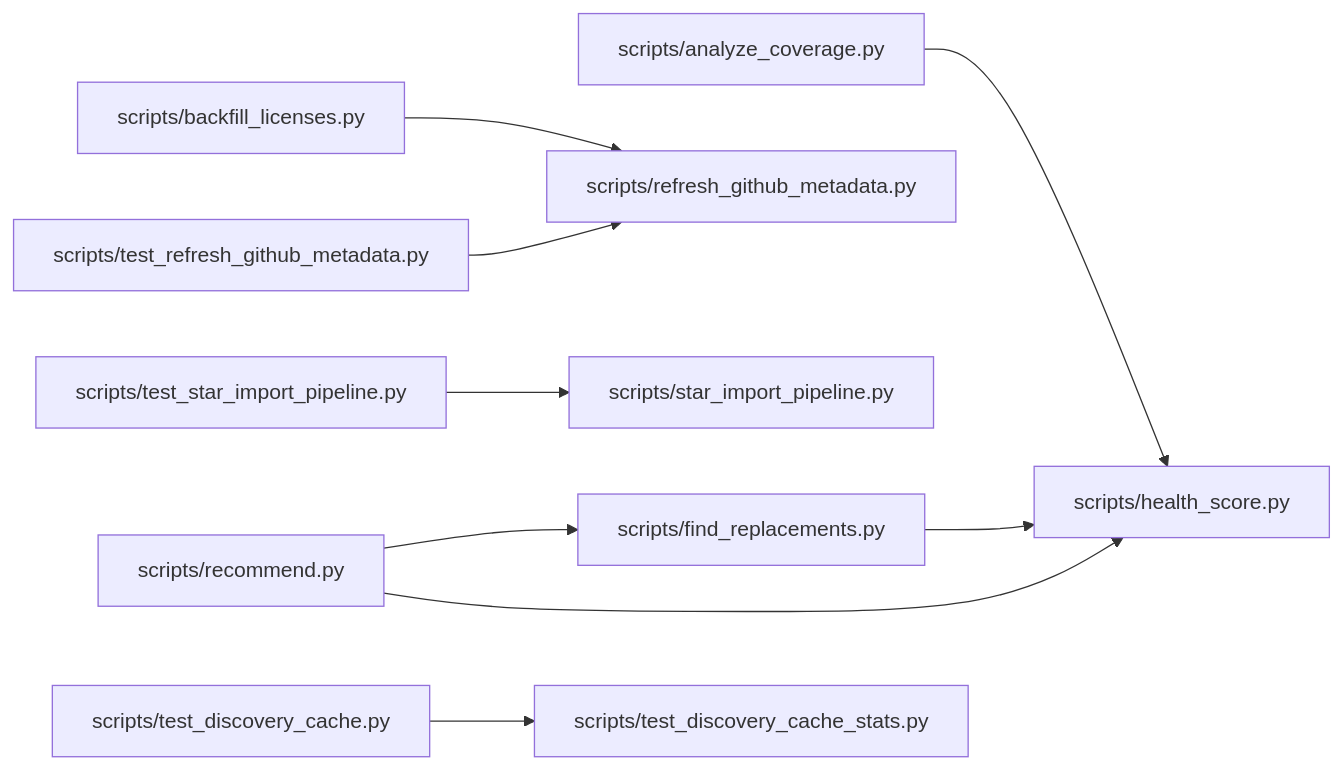
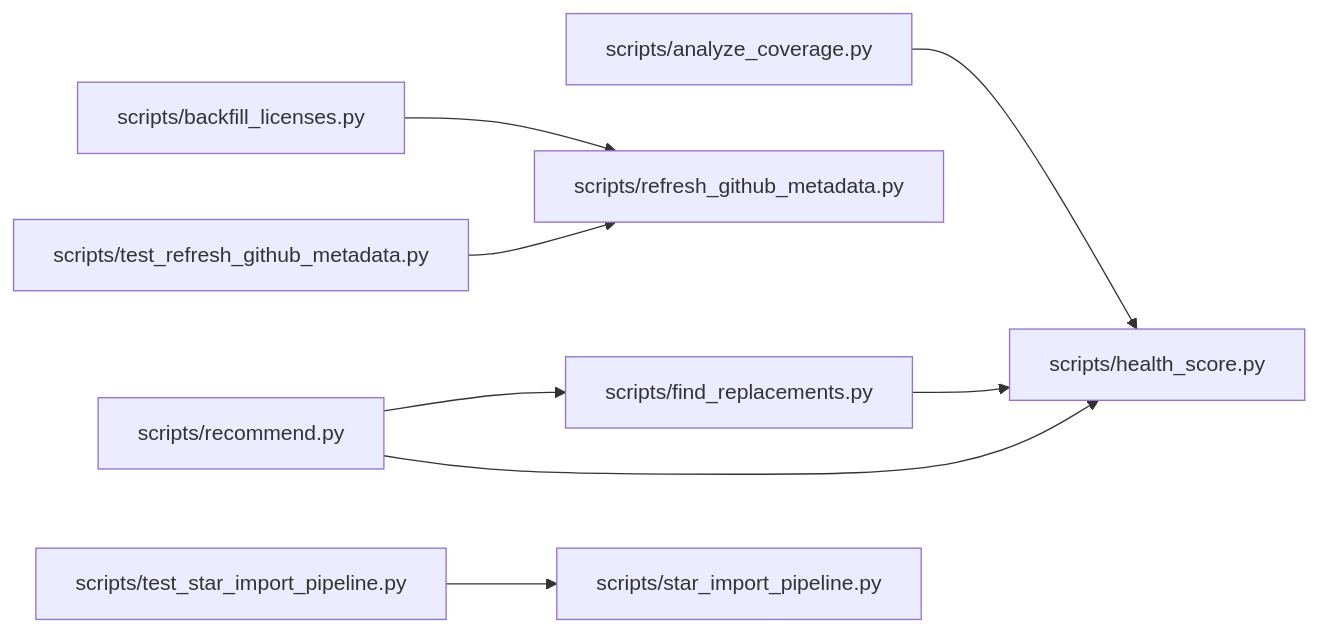
The diagram in .ai/brain/architecture.mmd (dbrckk/star-list), drawn with Mermaid before and after one commit. The commit also changed 86 other files, not shown here.

```diff
--- a/.ai/brain/architecture.mmd
+++ b/.ai/brain/architecture.mmd
@@ -1,9 +1,8 @@
 flowchart LR
   n493b546fce["scripts/analyze_coverage.py"] --> n61da7feb3f["scripts/health_score.py"]
   nbea452dbc9["scripts/backfill_licenses.py"] --> n673a0bb367["scripts/refresh_github_metadata.py"]
   n3c5af248bc["scripts/find_replacements.py"] --> n61da7feb3f["scripts/health_score.py"]
   n6b33751c21["scripts/recommend.py"] --> n3c5af248bc["scripts/find_replacements.py"]
   n6b33751c21["scripts/recommend.py"] --> n61da7feb3f["scripts/health_score.py"]
   nfc3af7e38e["scripts/test_refresh_github_metadata.py"] --> n673a0bb367["scripts/refresh_github_metadata.py"]
   n0c8a572d8b["scripts/test_star_import_pipeline.py"] --> n83b2d4016a["scripts/star_import_pipeline.py"]
-  n5d2467085c["scripts/test_discovery_cache.py"] --> n09f9286c88["scripts/test_discovery_cache_stats.py"]
```
